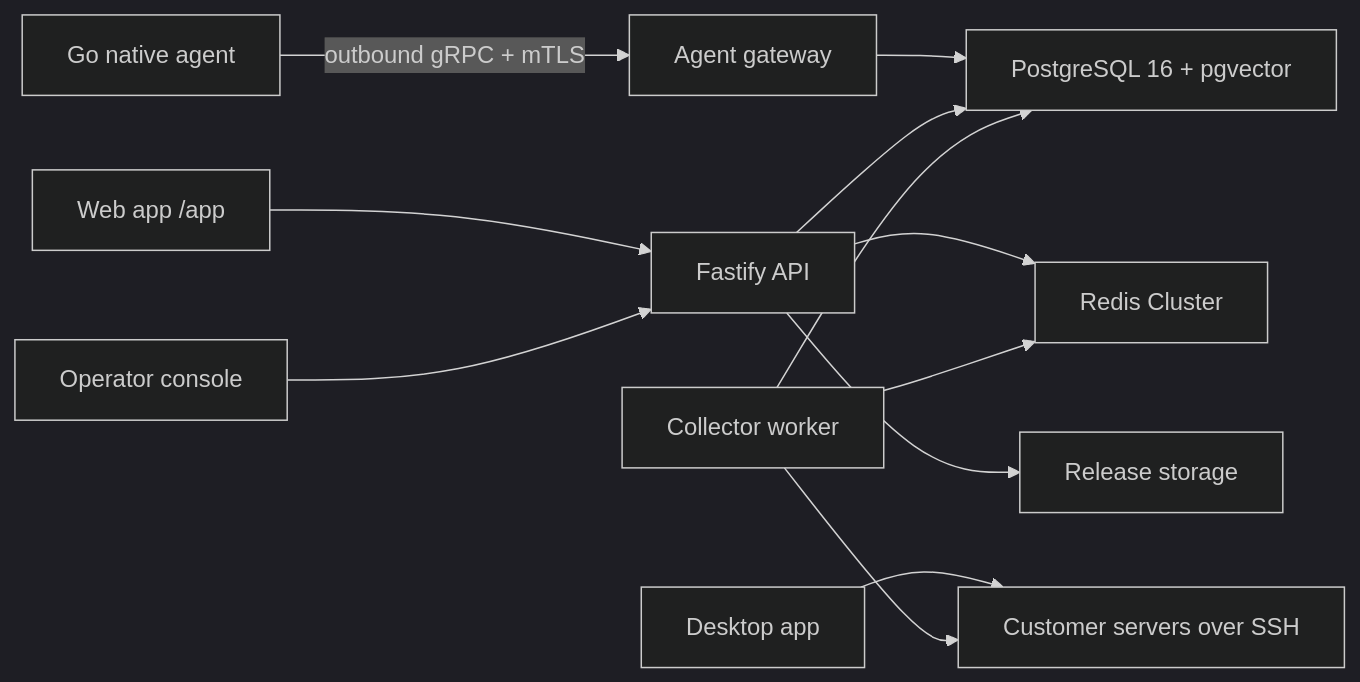
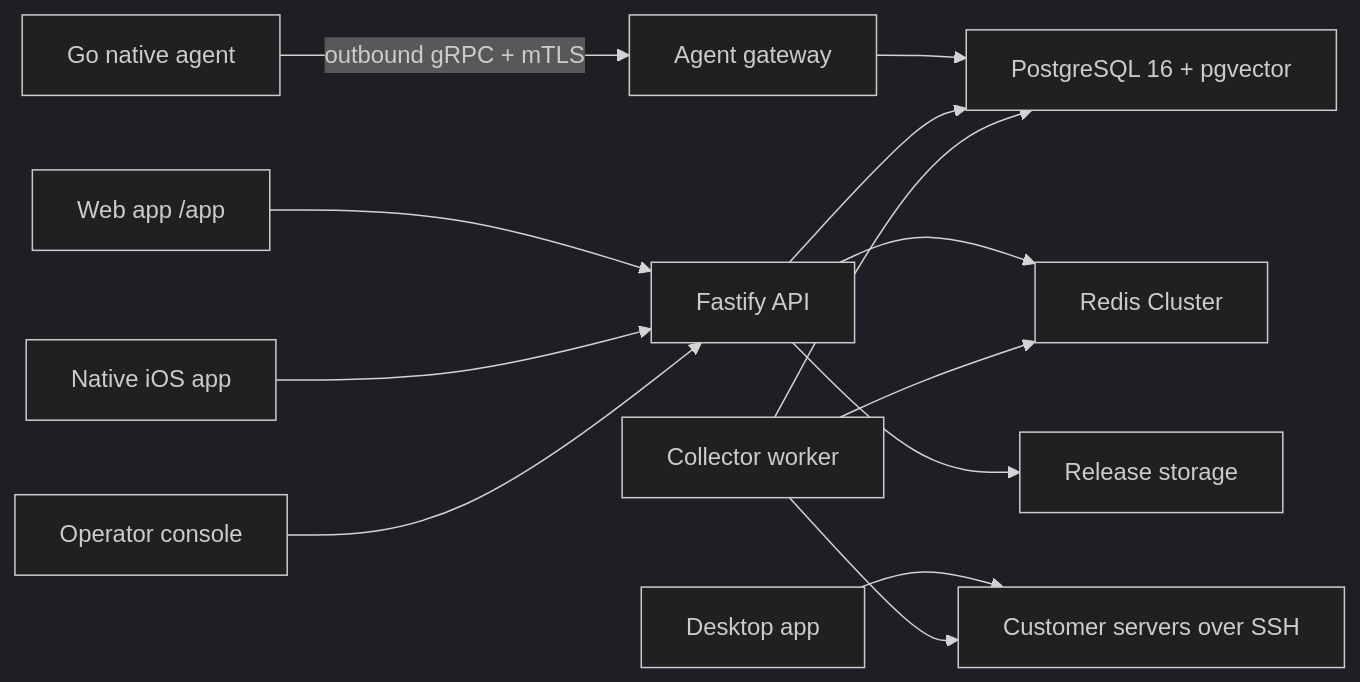
The diagram in README.md (Rampesna/monitc), drawn with Mermaid (dark theme) before and after one commit. The commit also changed other lines of this file and 24 other files, not shown here.

````diff
--- a/README.md
+++ b/README.md
@@ -56,14 +62,15 @@
 ```mermaid
 flowchart LR
   D["Desktop app"] --> S["Customer servers over SSH"]
   B["Web app /app"] --> A["Fastify API"]
+  I["Native iOS app"] --> A
   C["Operator console"] --> A
   G["Go native agent"] -->|"outbound gRPC + mTLS"| AG["Agent gateway"]
   AG --> P
   A --> P["PostgreSQL 16 + pgvector"]
   A --> R["Redis Cluster"]
   A --> U["Release storage"]
   W["Collector worker"] --> P
   W --> R
   W --> S
 ```
````
